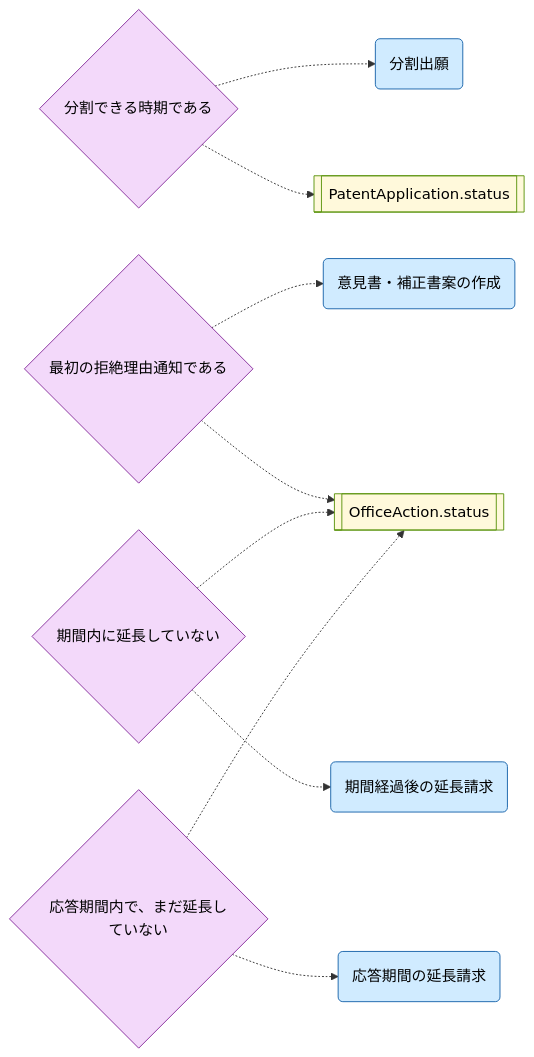
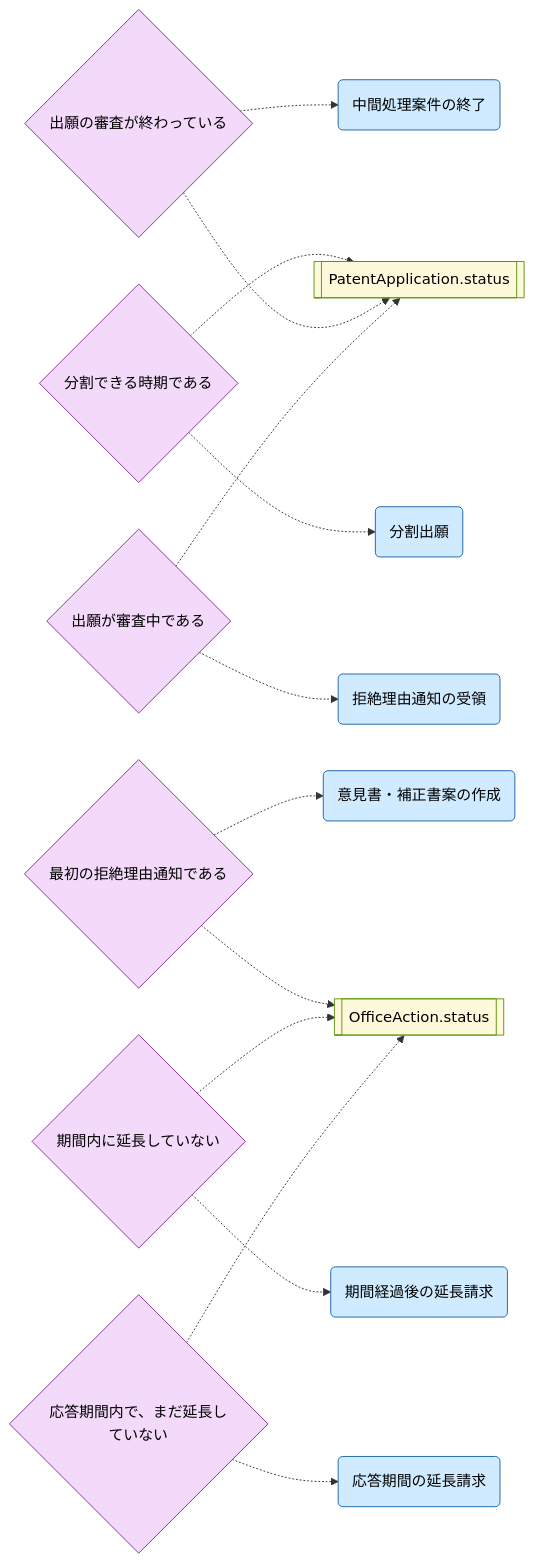
Before and after one commit to manji-0/rdra-ish-dsl: the diagram in samples/patent-ops/out/buc/condition_office_action.mmd, drawn with Mermaid. The commit also changed 21 other files, not shown here.

```diff
--- a/samples/patent-ops/out/buc/condition_office_action.mmd
+++ b/samples/patent-ops/out/buc/condition_office_action.mmd
@@ -1,37 +1,51 @@
 %% rdra-ish diagram=condition scope=buc:BucOfficeAction model=samples/patent-ops
 %% kinds: condition statemodel usecase
 %% omitted: (none)
 flowchart LR
   condition__DivisionPossible{"分割できる時期である"}:::condition
   %% holds condition__DivisionPossible: PatentApplication.status in (出願済（方式審査）, 審査請求済（審査中）, 特許査定, 拒絶査定)
+  condition__ExaminationOver{"出願の審査が終わっている"}:::condition
+  %% holds condition__ExaminationOver: PatentApplication.status not in (出願済（方式審査）, 手続補正指令への対応中, 審査請求済（審査中）)
   condition__FirstNoticeOnly{"最初の拒絶理由通知である"}:::condition
   %% holds condition__FirstNoticeOnly: OfficeAction.status == 応答期間中, OfficeAction.kind == 最初
   condition__NotExtendedWithinTerm{"期間内に延長していない"}:::condition
   %% holds condition__NotExtendedWithinTerm: OfficeAction.status == 期間経過（延長請求可）, OfficeAction.extended == false
+  condition__UnderExamination{"出願が審査中である"}:::condition
+  %% holds condition__UnderExamination: PatentApplication.status == 審査請求済（審査中）
   condition__WithinTermNotExtended{"応答期間内で、まだ延長していない"}:::condition
   %% holds condition__WithinTermNotExtended: OfficeAction.status == 応答期間中, OfficeAction.extended == false, OfficeAction.late_extended == false
   statemodel__OfficeAction_status[["OfficeAction.status"]]:::statemodel
   statemodel__PatentApplication_status[["PatentApplication.status"]]:::statemodel
+  usecase__CloseOfficeActionDocket("中間処理案件の終了"):::usecase
+  %% desc usecase__CloseOfficeActionDocket: 査定・取下げで出願の審査が終わった後、応答済の拒絶理由通知の案件を閉じる。
   usecase__DraftResponse("意見書・補正書案の作成"):::usecase
   %% desc usecase__DraftResponse: 最初の拒絶理由通知に対し、弁理士が意見書と、必要なら限定のない補正書の案を作る。
   usecase__FileDivisionalApplication("分割出願"):::usecase
   %% desc usecase__FileDivisionalApplication: 補正できる時期、特許査定の謄本から30日、最初の拒絶査定の謄本から3月の間に、出願の一部を新たな出願にする。
+  usecase__ReceiveOfficeAction("拒絶理由通知の受領"):::usecase
+  %% desc usecase__ReceiveOfficeAction: 拒絶理由通知書を受け取り、応答期間の管理を始める。
   usecase__RequestLateExtension("期間経過後の延長請求"):::usecase
   %% desc usecase__RequestLateExtension: 応答期間の経過後2か月以内に延長を請求し、2か月の応答期間を得る。
   usecase__RequestTermExtension("応答期間の延長請求"):::usecase
   %% desc usecase__RequestTermExtension: 応答期間内に期間延長請求書を出し、2か月延長する。
   condition__DivisionPossible -.-> usecase__FileDivisionalApplication
   condition__DivisionPossible -.-> statemodel__PatentApplication_status
   %% derived condition__DivisionPossible -> statemodel__PatentApplication_status from holds
+  condition__ExaminationOver -.-> usecase__CloseOfficeActionDocket
+  condition__ExaminationOver -.-> statemodel__PatentApplication_status
+  %% derived condition__ExaminationOver -> statemodel__PatentApplication_status from holds
   condition__FirstNoticeOnly -.-> usecase__DraftResponse
   condition__FirstNoticeOnly -.-> statemodel__OfficeAction_status
   %% derived condition__FirstNoticeOnly -> statemodel__OfficeAction_status from holds
   condition__NotExtendedWithinTerm -.-> usecase__RequestLateExtension
   condition__NotExtendedWithinTerm -.-> statemodel__OfficeAction_status
   %% derived condition__NotExtendedWithinTerm -> statemodel__OfficeAction_status from holds
+  condition__UnderExamination -.-> usecase__ReceiveOfficeAction
+  condition__UnderExamination -.-> statemodel__PatentApplication_status
+  %% derived condition__UnderExamination -> statemodel__PatentApplication_status from holds
   condition__WithinTermNotExtended -.-> usecase__RequestTermExtension
   condition__WithinTermNotExtended -.-> statemodel__OfficeAction_status
   %% derived condition__WithinTermNotExtended -> statemodel__OfficeAction_status from holds
   classDef condition fill:#f3d9fa,stroke:#862e9c,color:#000;
   classDef statemodel fill:#fff9db,stroke:#5c940d,color:#000;
   classDef usecase fill:#d0ebff,stroke:#1864ab,color:#000;
```
